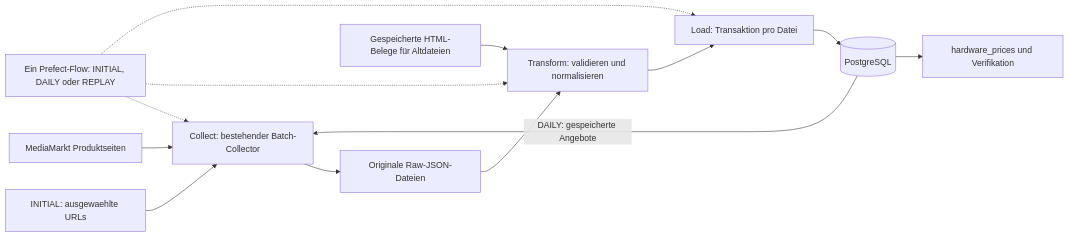
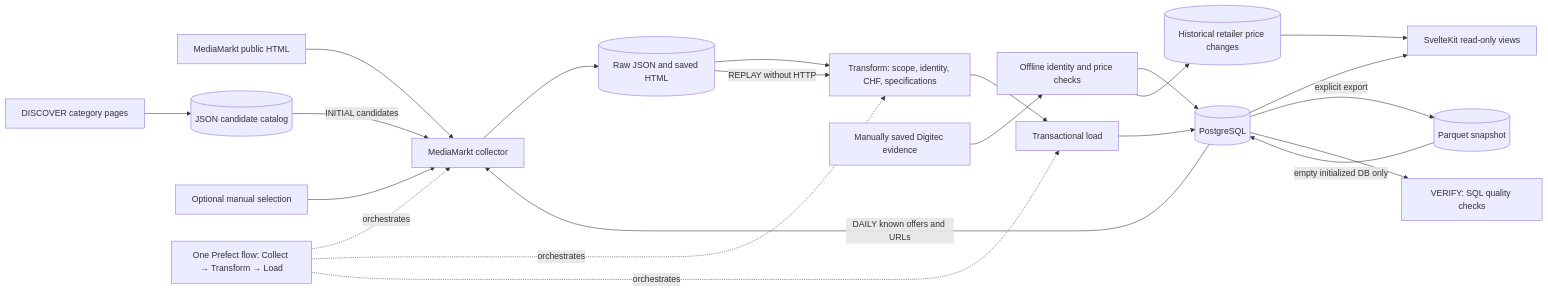
The diagram in docs/ARCHITECTURE.md (Happtomato/DENG-Project), drawn with Mermaid before and after one commit. The commit also changed other lines of this file and 178 other files, not shown here.

````diff
--- a/docs/ARCHITECTURE.md
+++ b/docs/ARCHITECTURE.md
@@ -5,15 +5,24 @@
 ```mermaid
 flowchart LR
-    S[INITIAL: ausgewaehlte URLs] --> C[Collect: bestehender Batch-Collector]
-    MM[MediaMarkt Produktseiten] --> C
-    C --> R[Originale Raw-JSON-Dateien]
-    R --> T[Transform: validieren und normalisieren]
-    HTML[Gespeicherte HTML-Belege für Altdateien] --> T
-    T --> L[Load: Transaktion pro Datei]
-    L --> DB[(PostgreSQL)]
-    DB -->|DAILY: gespeicherte Angebote| C
-    DB --> Q[hardware_prices und Verifikation]
-    PF[Ein Prefect-Flow: INITIAL, DAILY oder REPLAY] -.-> C
-    PF -.-> T
-    PF -.-> L
+  MM[MediaMarkt public HTML] --> C[MediaMarkt collector]
+  DISC[DISCOVER category pages] --> CAT[(JSON candidate catalog)]
+  CAT -->|INITIAL candidates| C
+  SEL[Optional manual selection] --> C
+  DB[(PostgreSQL)] -->|DAILY known offers and URLs| C
+  C --> RAW[(Raw JSON and saved HTML)]
+  RAW --> T[Transform: scope, identity, CHF, specifications]
+  T --> L[Transactional load]
+  L --> DB
+  DG[Manually saved Digitec evidence] --> DI[Offline identity and price checks]
+  DI --> DB
+  DI --> CH[(Historical retailer price changes)]
+  RAW -->|REPLAY without HTTP| T
+  DB --> UI[SvelteKit read-only views]
+  CH --> UI
+  DB -->|explicit export| PQ[(Parquet snapshot)]
+  PQ -->|empty initialized DB only| DB
+  PF[One Prefect flow: Collect → Transform → Load] -. orchestrates .-> C
+  PF -. orchestrates .-> T
+  PF -. orchestrates .-> L
+  DB --> V[VERIFY: SQL quality checks]
 ```
````
